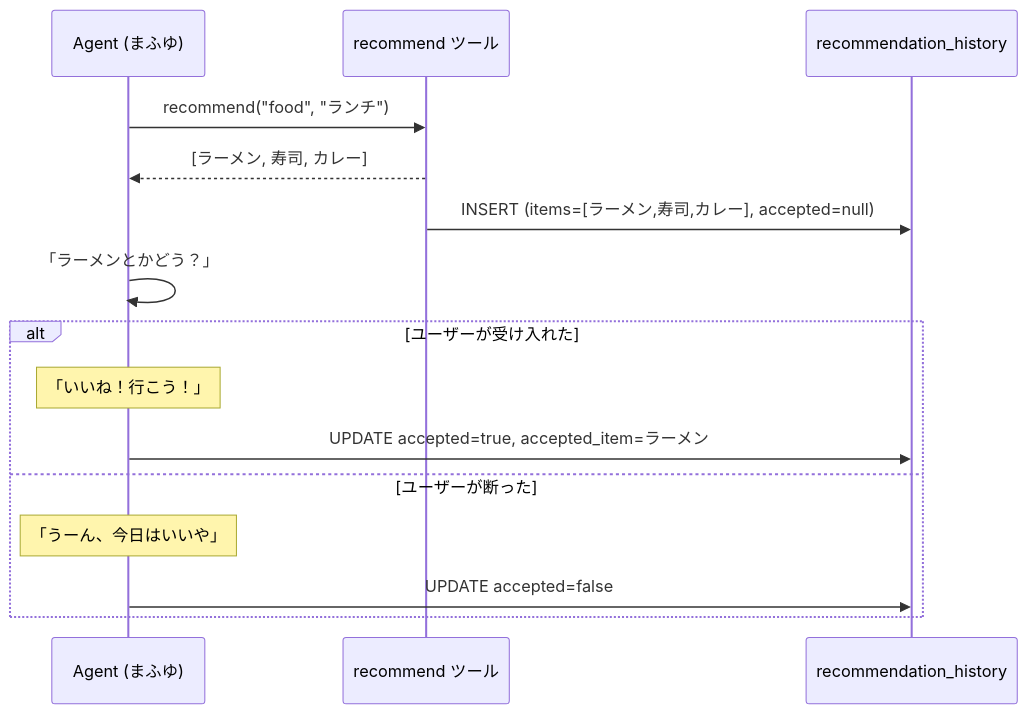
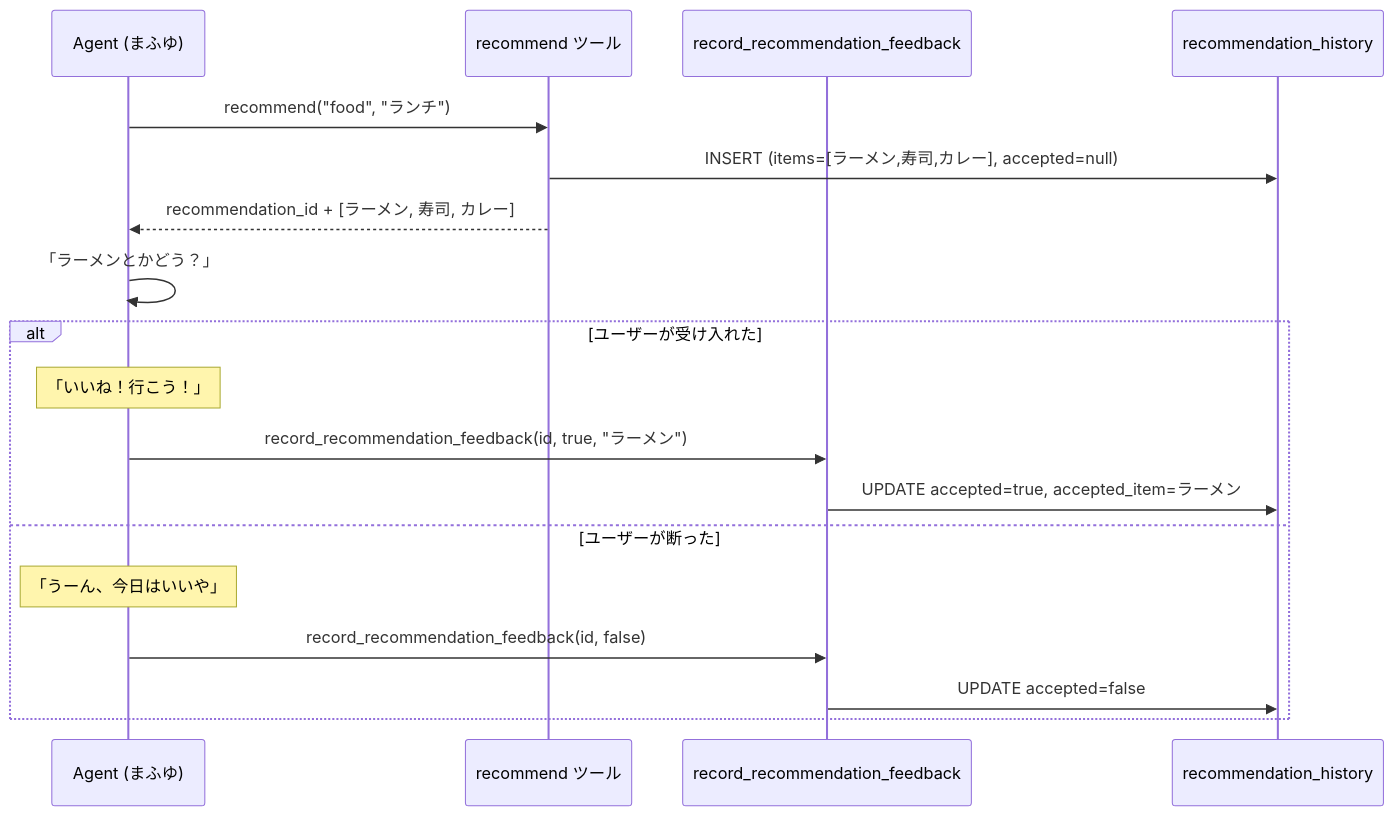
Before and after one commit to sori883/myfriend: the third of 7 diagrams in docs/設計/レコメンデーション/レコメンデーションエンジン.md, drawn with Mermaid. The commit also changed other lines of this file and 23 other files, not shown here.

````diff
--- a/docs/設計/レコメンデーション/レコメンデーションエンジン.md
+++ b/docs/設計/レコメンデーション/レコメンデーションエンジン.md
@@ -215,20 +239,23 @@
 ```mermaid
 sequenceDiagram
     participant Agent as Agent (まふゆ)
     participant Rec as recommend ツール
+    participant Feedback as record_recommendation_feedback
     participant DB as recommendation_history
 
     Agent->>Rec: recommend("food", "ランチ")
-    Rec-->>Agent: [ラーメン, 寿司, カレー]
     Rec->>DB: INSERT (items=[ラーメン,寿司,カレー], accepted=null)
+    Rec-->>Agent: recommendation_id + [ラーメン, 寿司, カレー]
 
     Agent->>Agent: 「ラーメンとかどう？」
 
     alt ユーザーが受け入れた
         Note over Agent: 「いいね！行こう！」
-        Agent->>DB: UPDATE accepted=true, accepted_item=ラーメン
+        Agent->>Feedback: record_recommendation_feedback(id, true, "ラーメン")
+        Feedback->>DB: UPDATE accepted=true, accepted_item=ラーメン
     else ユーザーが断った
         Note over Agent: 「うーん、今日はいいや」
-        Agent->>DB: UPDATE accepted=false
+        Agent->>Feedback: record_recommendation_feedback(id, false)
+        Feedback->>DB: UPDATE accepted=false
     end
 ```
````
